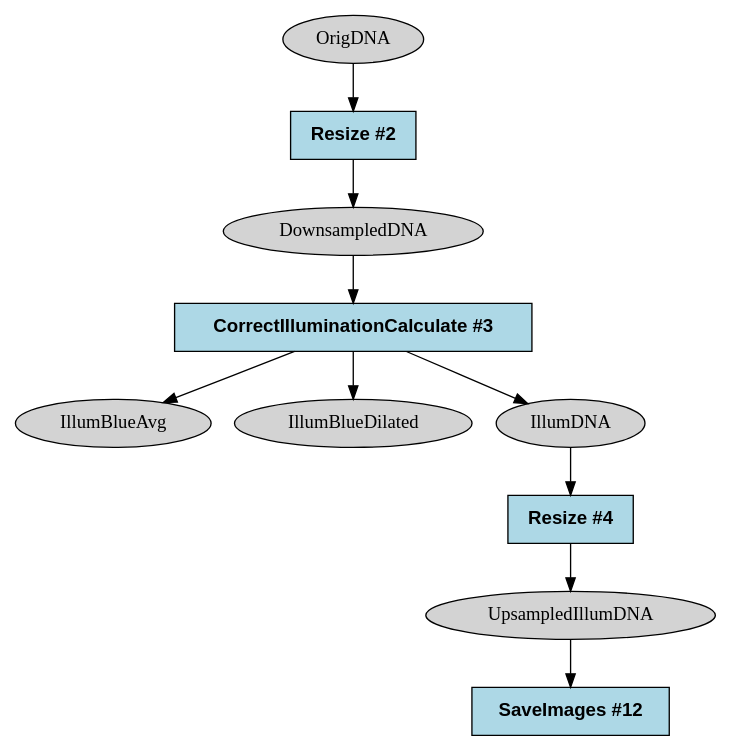
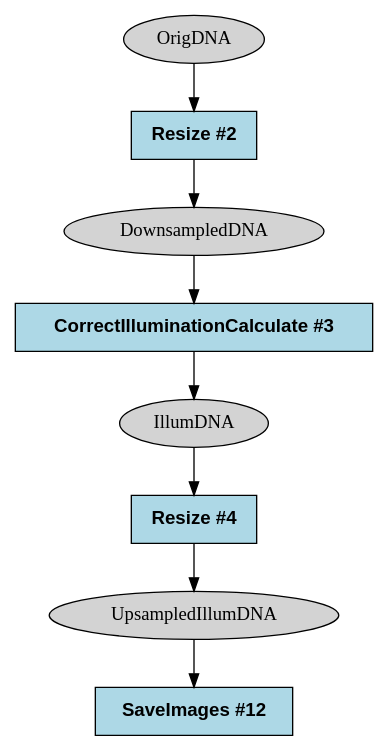
The diagram in examples/output/illum_filtered.dot (shntnu/cp_graph), drawn with Graphviz before and after one commit. The commit also changed 3 other files, not shown here.

```diff
--- a/examples/output/illum_filtered.dot
+++ b/examples/output/illum_filtered.dot
@@ -1,21 +1,17 @@
 strict digraph {
 CorrectIlluminationCalculate_e3750f2a [type=module, label="CorrectIlluminationCalculate #3", module_name=CorrectIlluminationCalculate, module_num=3, original_num=3, stable_id="CorrectIlluminationCalculate_e3750f2a", enabled=True, shape=box, style=filled, fontname="Helvetica-Bold", fillcolor=lightblue];
 Resize_32606b38 [type=module, label="Resize #2", module_name=Resize, module_num=2, original_num=2, stable_id="Resize_32606b38", enabled=True, shape=box, style=filled, fontname="Helvetica-Bold", fillcolor=lightblue];
 Resize_a3b11500 [type=module, label="Resize #4", module_name=Resize, module_num=4, original_num=4, stable_id="Resize_a3b11500", enabled=True, shape=box, style=filled, fontname="Helvetica-Bold", fillcolor=lightblue];
 SaveImages_4cf7a938 [type=module, label="SaveImages #12", module_name=SaveImages, module_num=12, original_num=12, stable_id="SaveImages_4cf7a938", enabled=True, shape=box, style=filled, fontname="Helvetica-Bold", fillcolor=lightblue];
 image__DownsampledDNA [type=image, label=DownsampledDNA, shape=ellipse, style=filled, fillcolor=lightgray];
-image__IllumBlueAvg [type=image, label=IllumBlueAvg, shape=ellipse, style=filled, fillcolor=lightgray];
-image__IllumBlueDilated [type=image, label=IllumBlueDilated, shape=ellipse, style=filled, fillcolor=lightgray];
 image__IllumDNA [type=image, label=IllumDNA, shape=ellipse, style=filled, fillcolor=lightgray];
 image__OrigDNA [type=image, label=OrigDNA, shape=ellipse, style=filled, fillcolor=lightgray];
 image__UpsampledIllumDNA [type=image, label=UpsampledIllumDNA, shape=ellipse, style=filled, fillcolor=lightgray];
-CorrectIlluminationCalculate_e3750f2a -> image__IllumBlueAvg [type="image_output"];
-CorrectIlluminationCalculate_e3750f2a -> image__IllumBlueDilated [type="image_output"];
 CorrectIlluminationCalculate_e3750f2a -> image__IllumDNA [type="image_output"];
 Resize_32606b38 -> image__DownsampledDNA [type="image_output"];
 Resize_a3b11500 -> image__UpsampledIllumDNA [type="image_output"];
 image__DownsampledDNA -> CorrectIlluminationCalculate_e3750f2a [type="image_input"];
 image__IllumDNA -> Resize_a3b11500 [type="image_input"];
 image__OrigDNA -> Resize_32606b38 [type="image_input"];
 image__UpsampledIllumDNA -> SaveImages_4cf7a938 [type="image_input"];
 }
```
